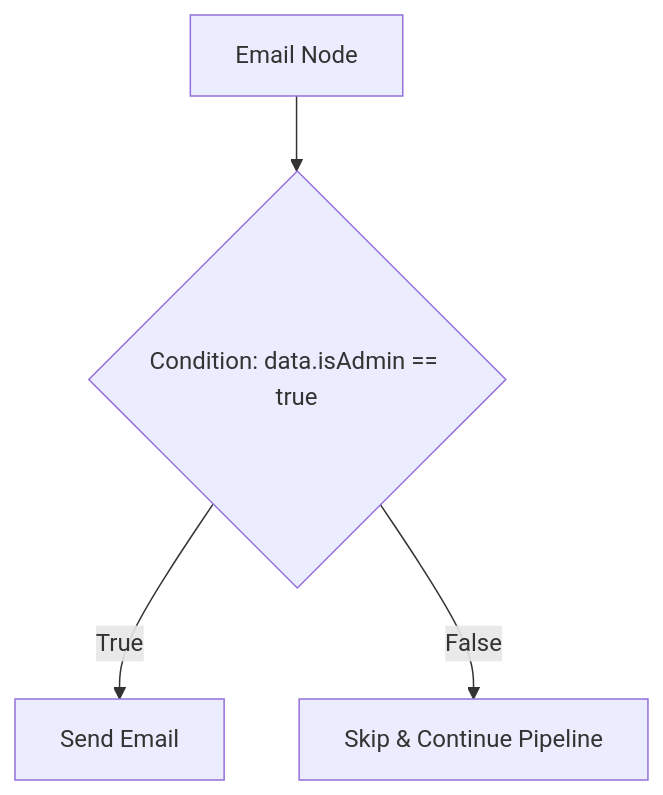
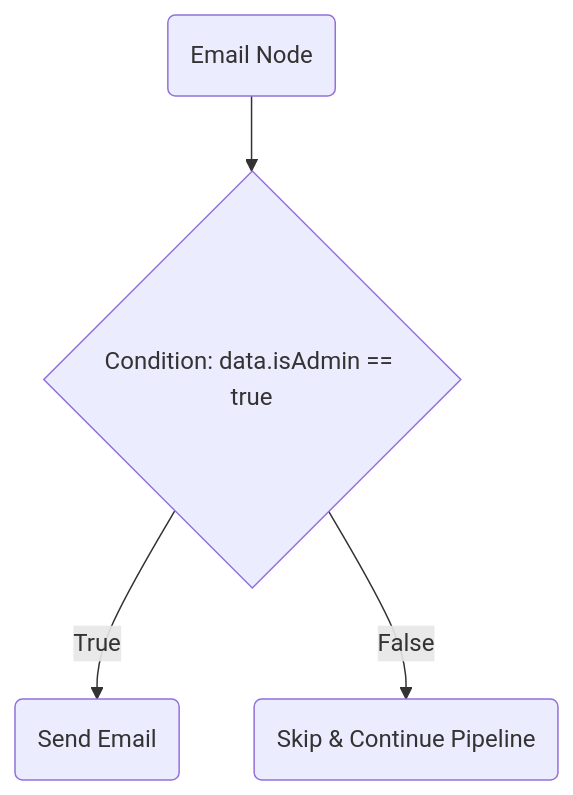
The diagram in content/docs/en/platform/concepts/workflows.mdx (KriyanshKhunt/nexus_docs), drawn with Mermaid before and after one commit. The commit also changed 25 other files, not shown here.

Commit message:
Handle en Mermaid charts

````diff
--- a/content/docs/en/platform/concepts/workflows.mdx
+++ b/content/docs/en/platform/concepts/workflows.mdx
@@ -49,6 +49,6 @@
 ```mermaid
 flowchart TD
-    Node[Email Node] --> Check{Condition: data.isAdmin == true}
-    Check -->|True| Send[Send Email]
-    Check -->|False| Skip[Skip & Continue Pipeline]
+    Node(Email Node) --> Check{Condition: data.isAdmin == true}
+    Check -->|True| Send(Send Email)
+    Check -->|False| Skip(Skip & Continue Pipeline)
 ```
````
